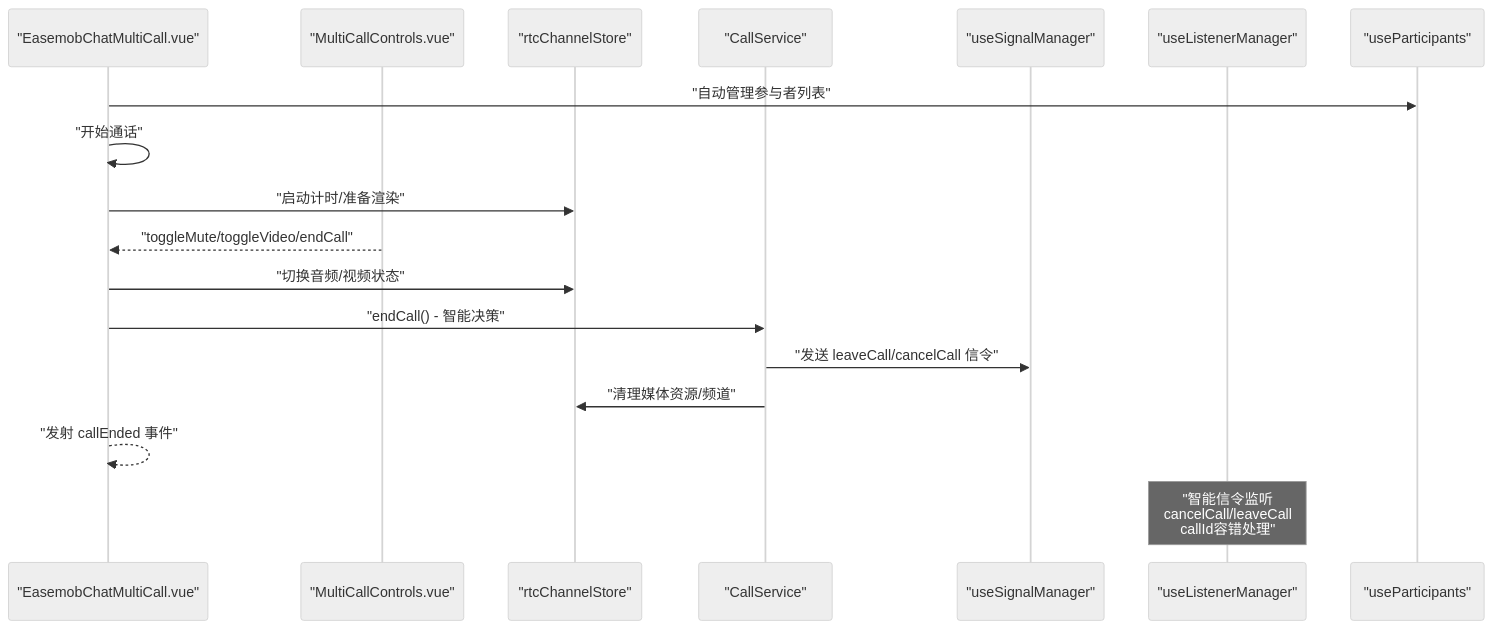
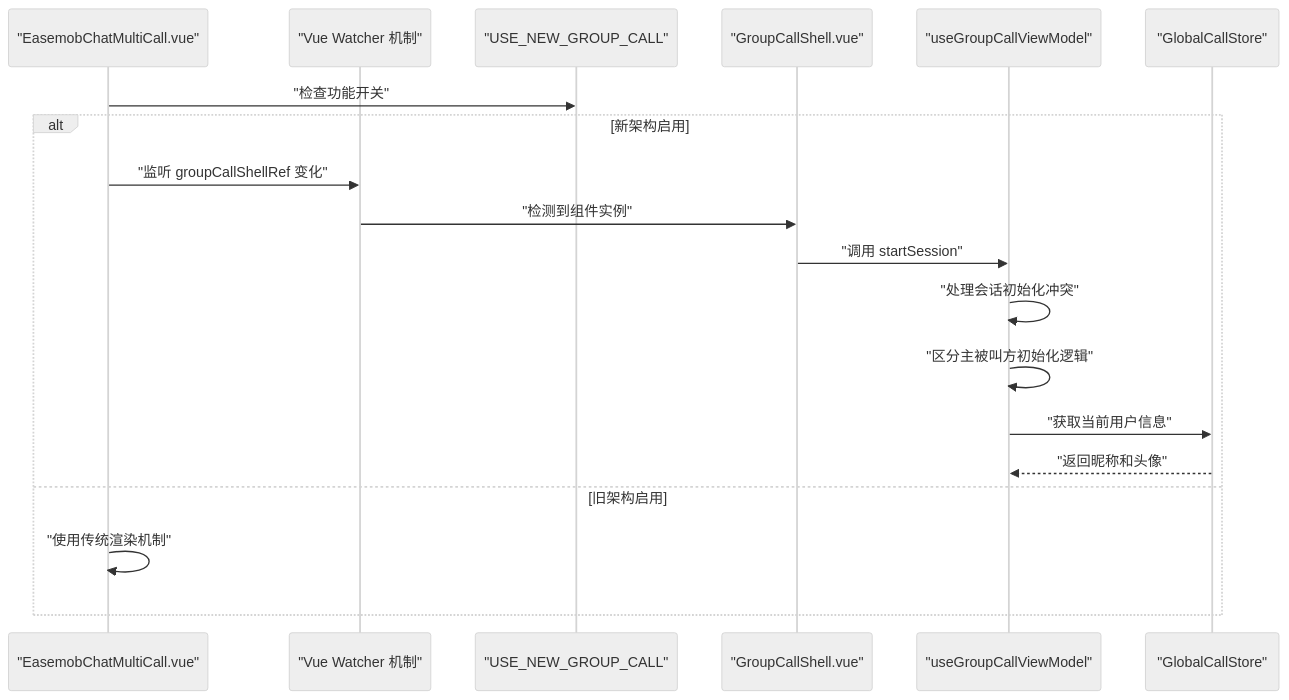
Before and after one commit to Easemob-Community/easemob-uikit-callkit-vue3: the second of 3 diagrams in .qoder/repowiki/zh/content/核心组件/群组通话组件/主组件 EasemobChatMultiCall.md, drawn with Mermaid (neutral theme). The commit also changed other lines of this file and 54 other files, not shown here.

First line of the commit message:
refactor: 清理废弃代码 + 移出 RtcService 实例 + API 便捷性优化

````diff
--- a/.qoder/repowiki/zh/content/核心组件/群组通话组件/主组件 EasemobChatMultiCall.md
+++ b/.qoder/repowiki/zh/content/核心组件/群组通话组件/主组件 EasemobChatMultiCall.md
@@ -120,20 +193,21 @@
 ```mermaid
 sequenceDiagram
 participant UI as "EasemobChatMultiCall.vue"
-participant Ctrl as "MultiCallControls.vue"
-participant Store as "rtcChannelStore"
-participant CallSvc as "CallService"
-participant Sig as "useSignalManager"
-participant Listener as "useListenerManager"
-participant Part as "useParticipants"
-UI->>Part : "自动管理参与者列表"
-UI->>UI : "开始通话"
-UI->>Store : "启动计时/准备渲染"
-Ctrl-->>UI : "toggleMute/toggleVideo/endCall"
-UI->>Store : "切换音频/视频状态"
-UI->>CallSvc : "endCall() - 智能决策"
-CallSvc->>Sig : "发送 leaveCall/cancelCall 信令"
-CallSvc->>Store : "清理媒体资源/频道"
-UI-->>UI : "发射 callEnded 事件"
-Note over Listener : "智能信令监听<br/>cancelCall/leaveCall<br/>callId容错处理"
+participant Watcher as "Vue Watcher 机制"
+participant Flag as "USE_NEW_GROUP_CALL"
+participant New as "GroupCallShell.vue"
+participant VM as "useGroupCallViewModel"
+participant GlobalStore as "GlobalCallStore"
+UI->>Flag : "检查功能开关"
+alt 新架构启用
+UI->>Watcher : "监听 groupCallShellRef 变化"
+Watcher->>New : "检测到组件实例"
+New->>VM : "调用 startSession"
+VM->>VM : "处理会话初始化冲突"
+VM->>VM : "区分主被叫方初始化逻辑"
+VM->>GlobalStore : "获取当前用户信息"
+GlobalStore-->>VM : "返回昵称和头像"
+else 旧架构启用
+UI->>UI : "使用传统渲染机制"
+end
 ```
````
